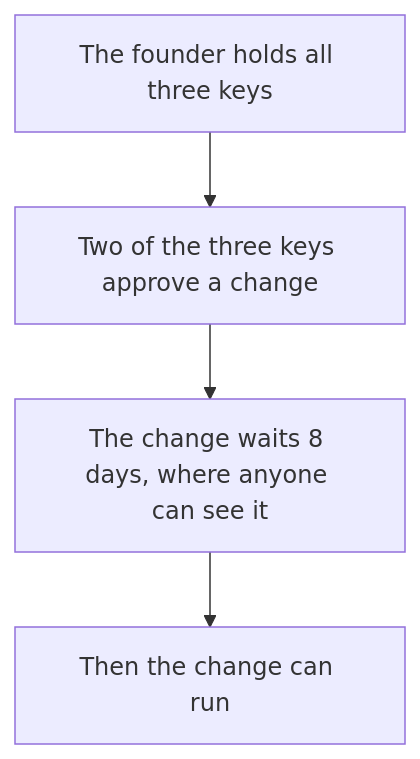
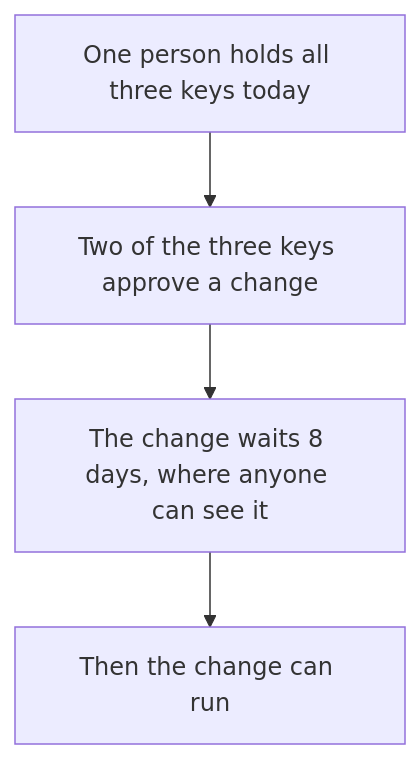
Before and after one commit to Lucho-design1/Knos: the diagram in docs/TRUST.md, drawn with Mermaid. The commit also changed other lines of this file and 365 other files, not shown here.

First line of the commit message:
The public docs keep what a user needs: 63 reference pages deleted or merged, the README diagrams match the product

````diff
--- a/docs/TRUST.md
+++ b/docs/TRUST.md
@@ -7,8 +7,8 @@
 ```mermaid
 flowchart TB
-    founder["The founder holds all three keys"]
+    founder["One person holds all three keys today"]
     vote["Two of the three keys approve a change"]
     wait["The change waits 8 days, where anyone can see it"]
     run["Then the change can run"]
     founder --> vote --> wait --> run
 ```
````
